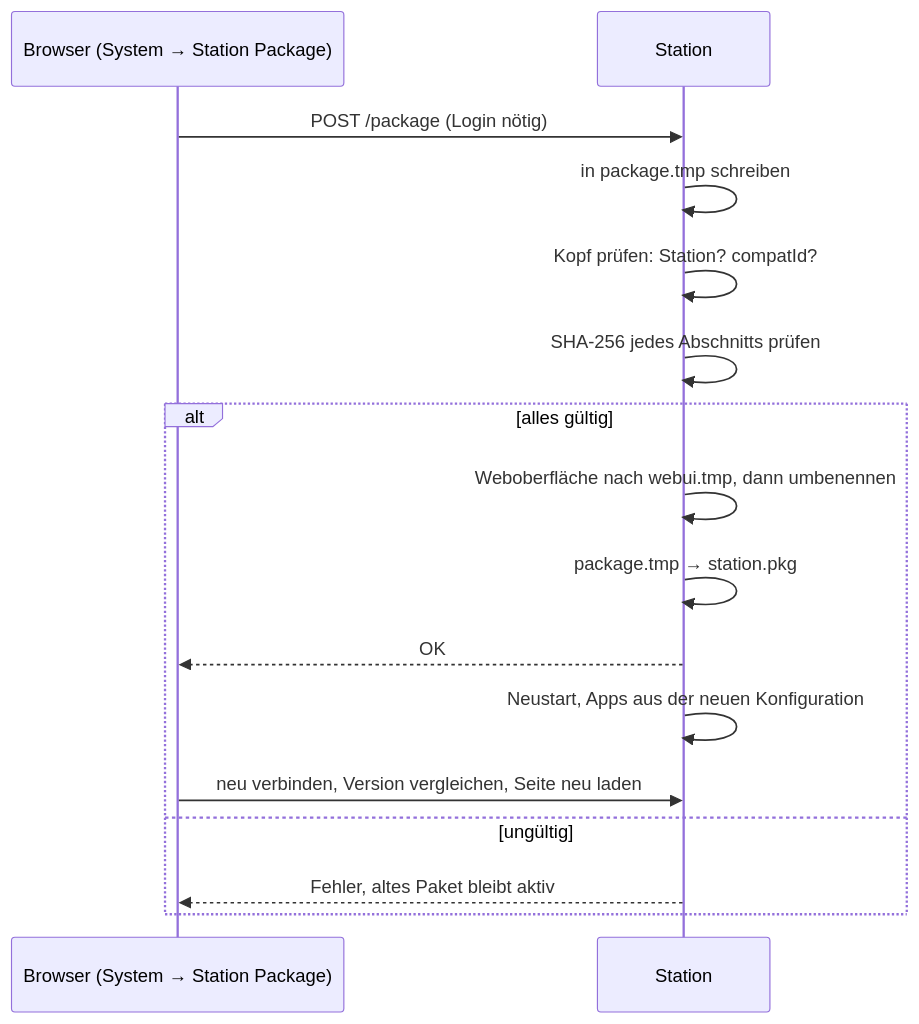
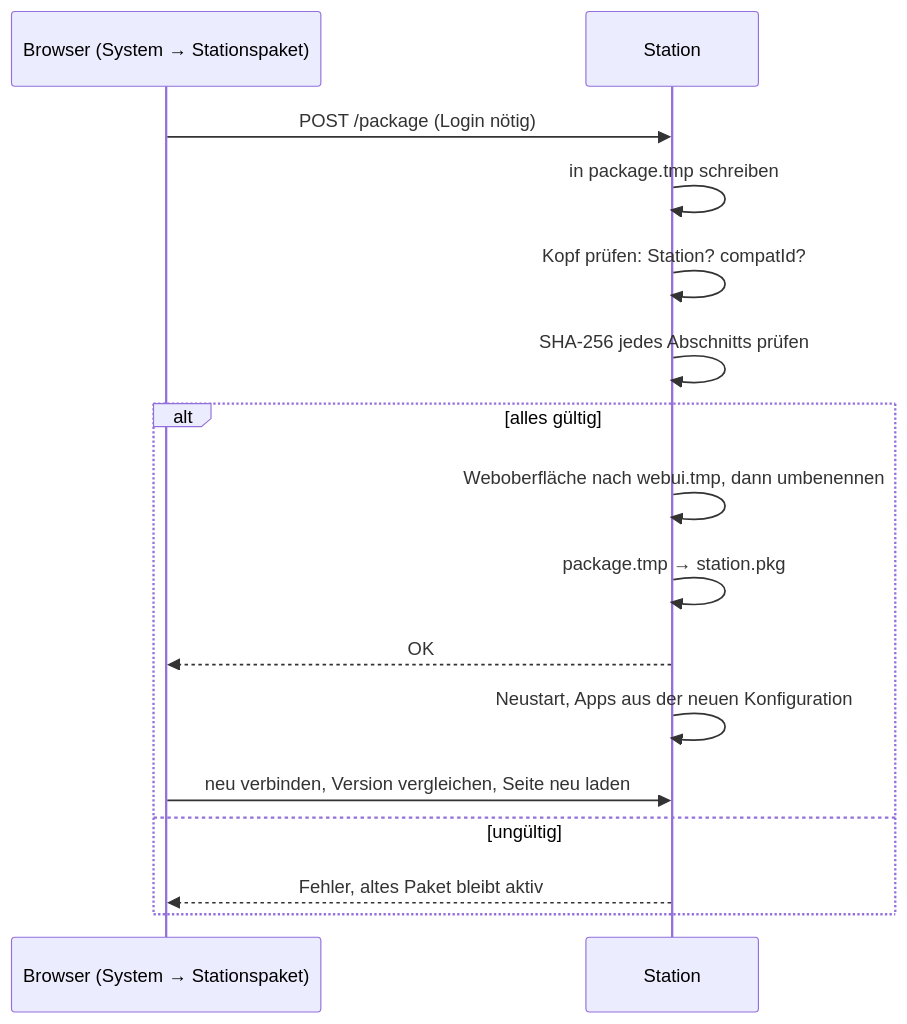
Before and after one commit to klaus-liebler/sensact: the first of 4 diagrams in docs/konzepte/06-konfiguration-und-auslieferung.md, drawn with Mermaid. The commit also changed 13 other files, not shown here.

````diff
--- a/docs/konzepte/06-konfiguration-und-auslieferung.md
+++ b/docs/konzepte/06-konfiguration-und-auslieferung.md
@@ -46,18 +46,18 @@
 ```mermaid
 sequenceDiagram
-    participant B as Browser (System → Station Package)
+    participant B as Browser (System → Stationspaket)
     participant S as Station
     B->>S: POST /package (Login nötig)
     S->>S: in package.tmp schreiben
     S->>S: Kopf prüfen: Station? compatId?
     S->>S: SHA-256 jedes Abschnitts prüfen
     alt alles gültig
         S->>S: Weboberfläche nach webui.tmp, dann umbenennen
         S->>S: package.tmp → station.pkg
         S-->>B: OK
         S->>S: Neustart, Apps aus der neuen Konfiguration
         B->>S: neu verbinden, Version vergleichen, Seite neu laden
     else ungültig
         S-->>B: Fehler, altes Paket bleibt aktiv
     end
 ```
````
